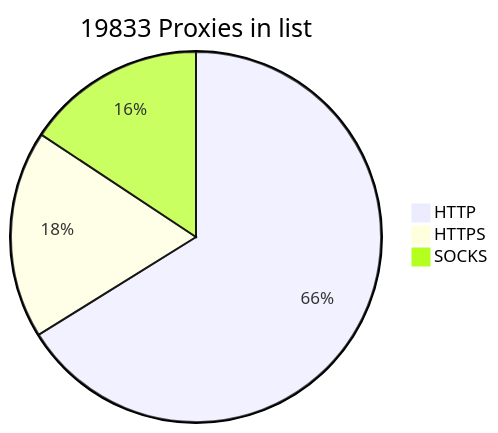
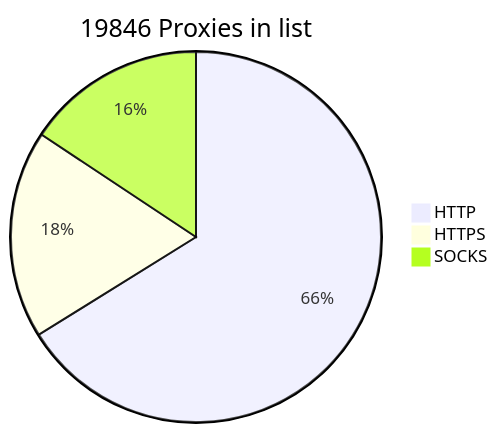
The diagram in README.md (BlackSnowDot/proxylist-update-every-minute), drawn with Mermaid before and after one commit.

````diff
--- a/README.md
+++ b/README.md
@@ -2,6 +2,6 @@
 ```mermaid
-pie title 19833 Proxies in list
-    "HTTP" : 14521
-    "HTTPS": 3986
-    "SOCKS" : 3445
+pie title 19846 Proxies in list
+    "HTTP" : 14540
+    "HTTPS": 3994
+    "SOCKS" : 3446
 ```
````
